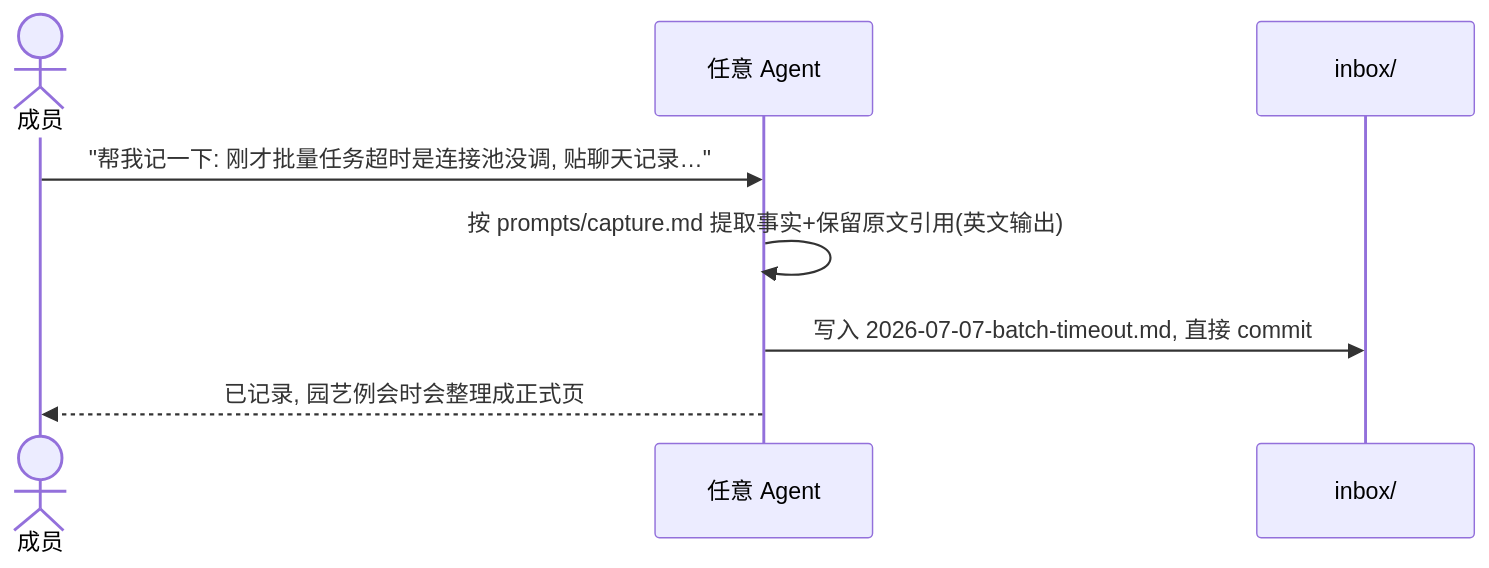
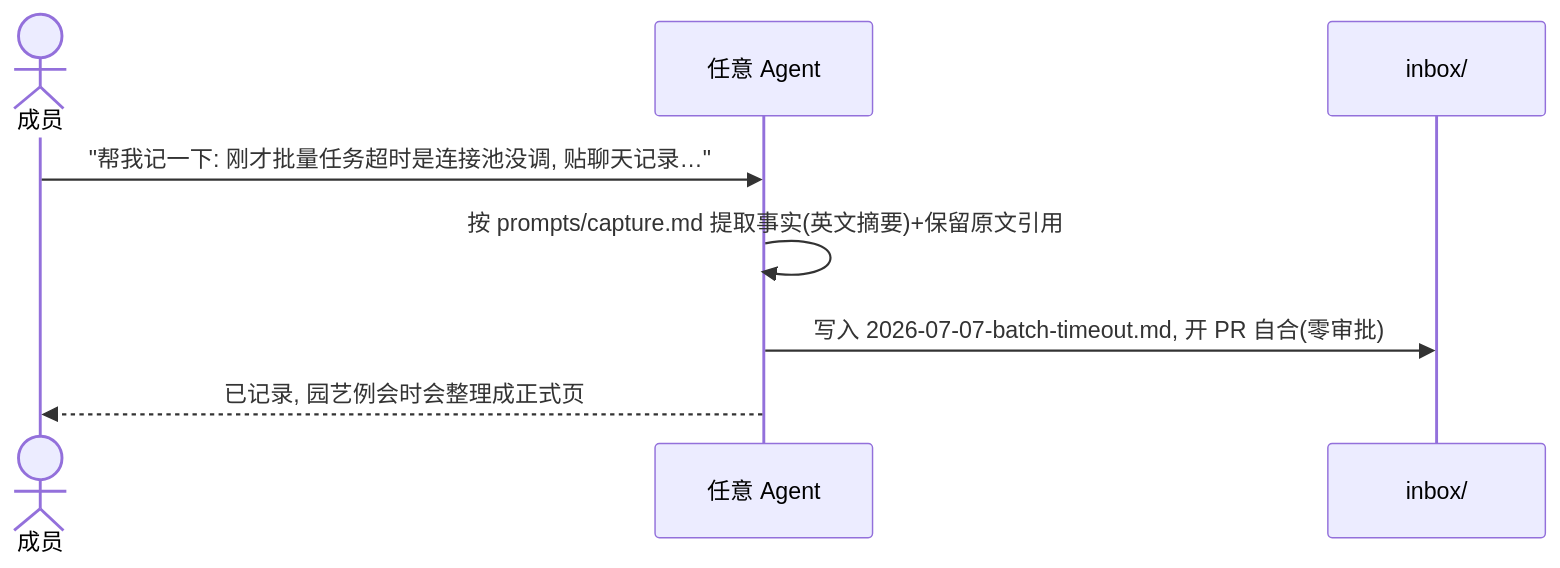
The second of 7 diagrams in docs/llm-wiki-architecture-v3/05-工作流场景图解.md (Wsr-7/team-llm-wiki-demo), drawn with Mermaid before and after one commit. The commit also changed other lines of this file and 7 other files, not shown here.

````diff
--- a/docs/llm-wiki-architecture-v3/05-工作流场景图解.md
+++ b/docs/llm-wiki-architecture-v3/05-工作流场景图解.md
@@ -39,10 +39,10 @@
 ```mermaid
 sequenceDiagram
     actor Dev as 成员
     participant Agent as 任意 Agent
     participant Inbox as inbox/
     Dev->>Agent: "帮我记一下: 刚才批量任务超时是连接池没调, 贴聊天记录…"
-    Agent->>Agent: 按 prompts/capture.md 提取事实+保留原文引用(英文输出)
-    Agent->>Inbox: 写入 2026-07-07-batch-timeout.md, 直接 commit
+    Agent->>Agent: 按 prompts/capture.md 提取事实(英文摘要)+保留原文引用
+    Agent->>Inbox: 写入 2026-07-07-batch-timeout.md, 开 PR 自合(零审批)
     Agent-->>Dev: 已记录, 园艺例会时会整理成正式页
 ```
````
